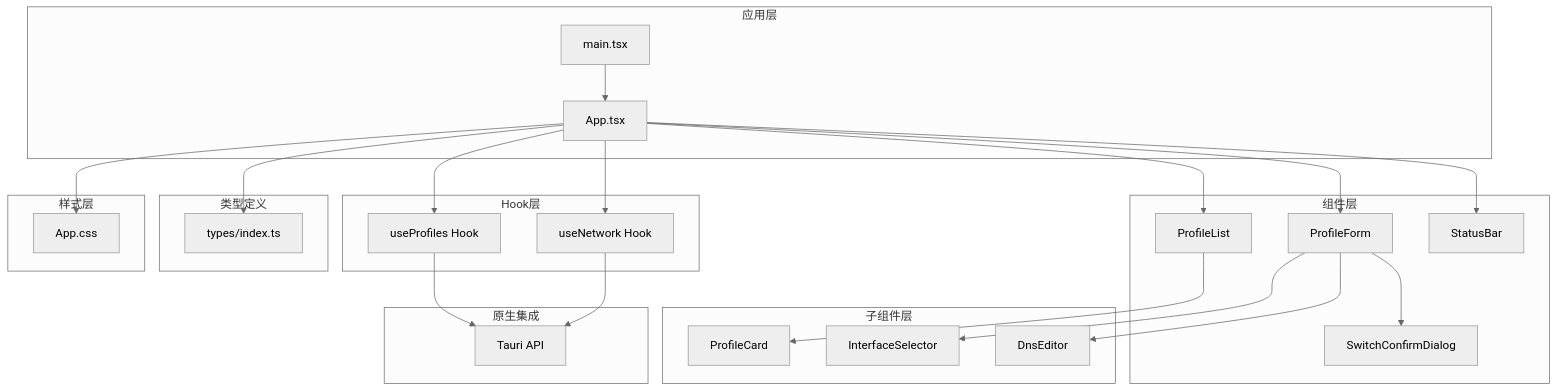
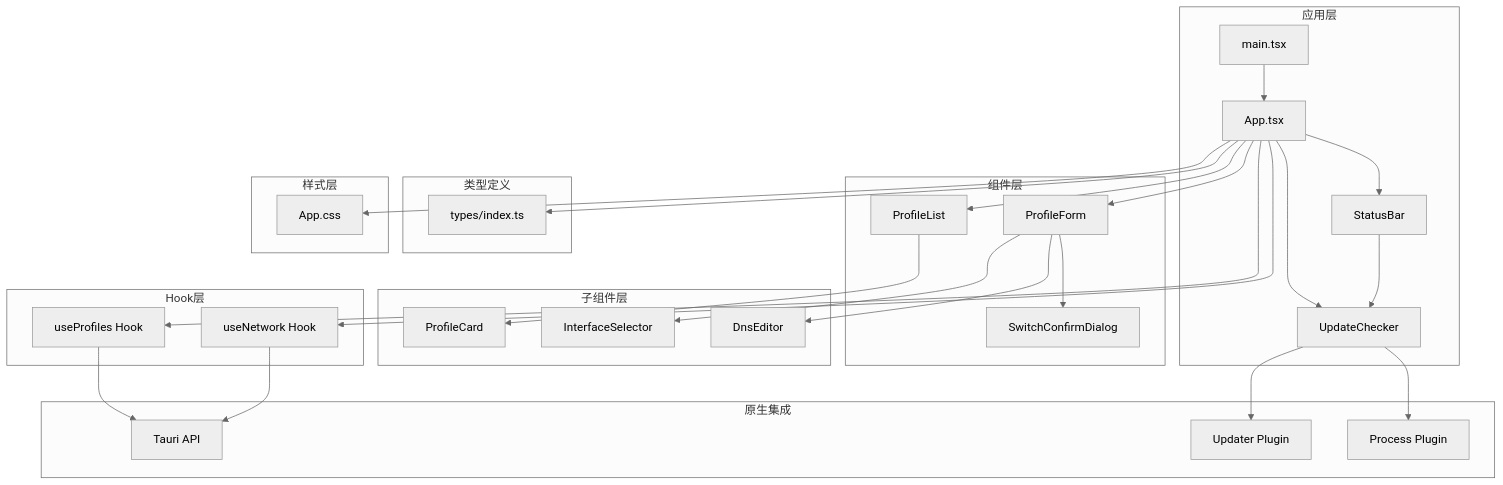
Before and after one commit to xdongliang/IPSwitcher: the first of 19 diagrams in .qoder/repowiki/zh/content/前端开发指南/React组件架构.md, drawn with Mermaid (neutral theme). The commit also changed other lines of this file and 7 other files, not shown here.

````diff
--- a/.qoder/repowiki/zh/content/前端开发指南/React组件架构.md
+++ b/.qoder/repowiki/zh/content/前端开发指南/React组件架构.md
@@ -47,45 +57,52 @@
 ```mermaid
 graph TB
 subgraph "应用层"
 App[App.tsx]
 Main[main.tsx]
+UpdateChecker[UpdateChecker]
+StatusBar[StatusBar]
 end
 subgraph "组件层"
 ProfileList[ProfileList]
 ProfileForm[ProfileForm]
-StatusBar[StatusBar]
 Dialog[SwitchConfirmDialog]
 end
 subgraph "子组件层"
 ProfileCard[ProfileCard]
 InterfaceSelector[InterfaceSelector]
 DnsEditor[DnsEditor]
 end
 subgraph "Hook层"
 useProfiles[useProfiles Hook]
 useNetwork[useNetwork Hook]
 end
 subgraph "类型定义"
 Types[types/index.ts]
 end
 subgraph "样式层"
 Styles[App.css]
 end
 subgraph "原生集成"
 Tauri[Tauri API]
+Updater[Updater Plugin]
+Process[Process Plugin]
 end
 Main --> App
+App --> UpdateChecker
+App --> StatusBar
 App --> ProfileList
 App --> ProfileForm
-App --> StatusBar
 ProfileList --> ProfileCard
 ProfileForm --> InterfaceSelector
 ProfileForm --> DnsEditor
 ProfileForm --> Dialog
 App --> useProfiles
 App --> useNetwork
 useProfiles --> Tauri
 useNetwork --> Tauri
+UpdateChecker --> Updater
+UpdateChecker --> Process
+StatusBar --> UpdateChecker
 App --> Types
 App --> Styles
 ```
````
